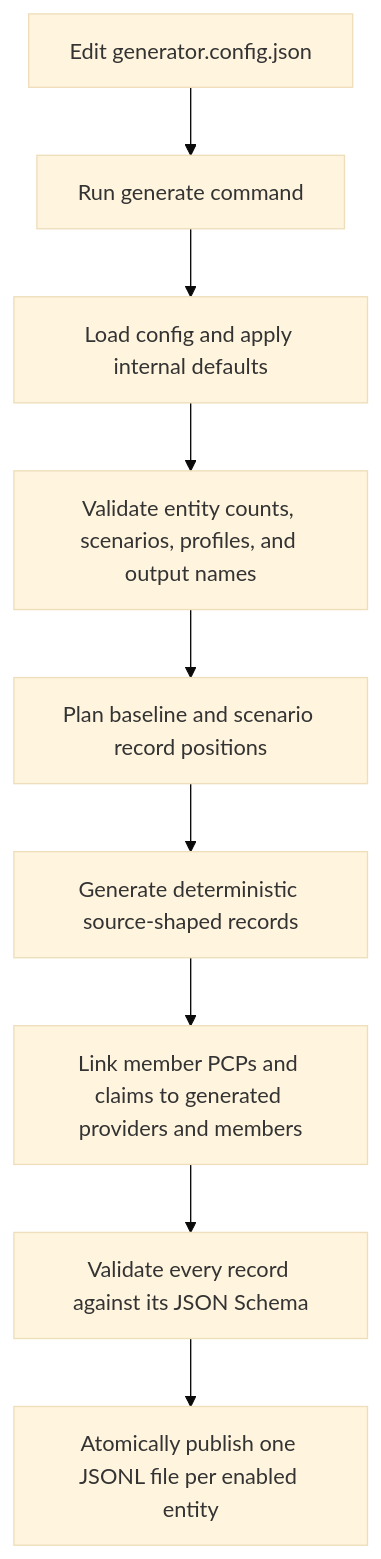
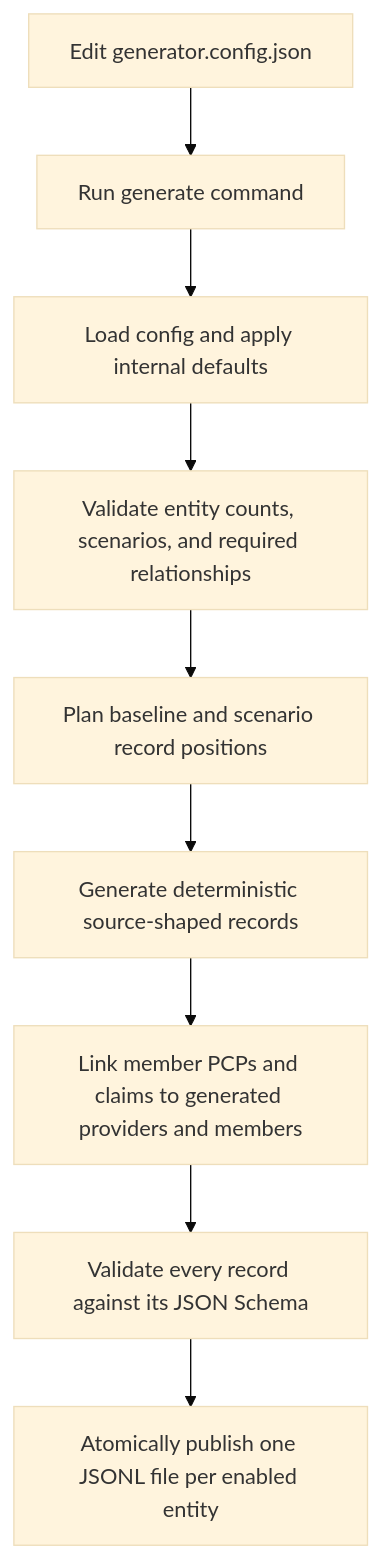
The diagram in README.md (gaganpandey58/test-data-generator), drawn with Mermaid (base theme) before and after one commit. The commit also changed other lines of this file and 12 other files, not shown here.

````diff
--- a/README.md
+++ b/README.md
@@ -26,11 +28,11 @@
 ```mermaid
 flowchart TD
     A[Edit generator.config.json] --> B[Run generate command]
     B --> C[Load config and apply internal defaults]
-    C --> D[Validate entity counts, scenarios, profiles, and output names]
+    C --> D[Validate entity counts, scenarios, and required relationships]
     D --> E[Plan baseline and scenario record positions]
     E --> F[Generate deterministic source-shaped records]
     F --> G[Link member PCPs and claims to generated providers and members]
     G --> H[Validate every record against its JSON Schema]
     H --> I[Atomically publish one JSONL file per enabled entity]
 ```
````
